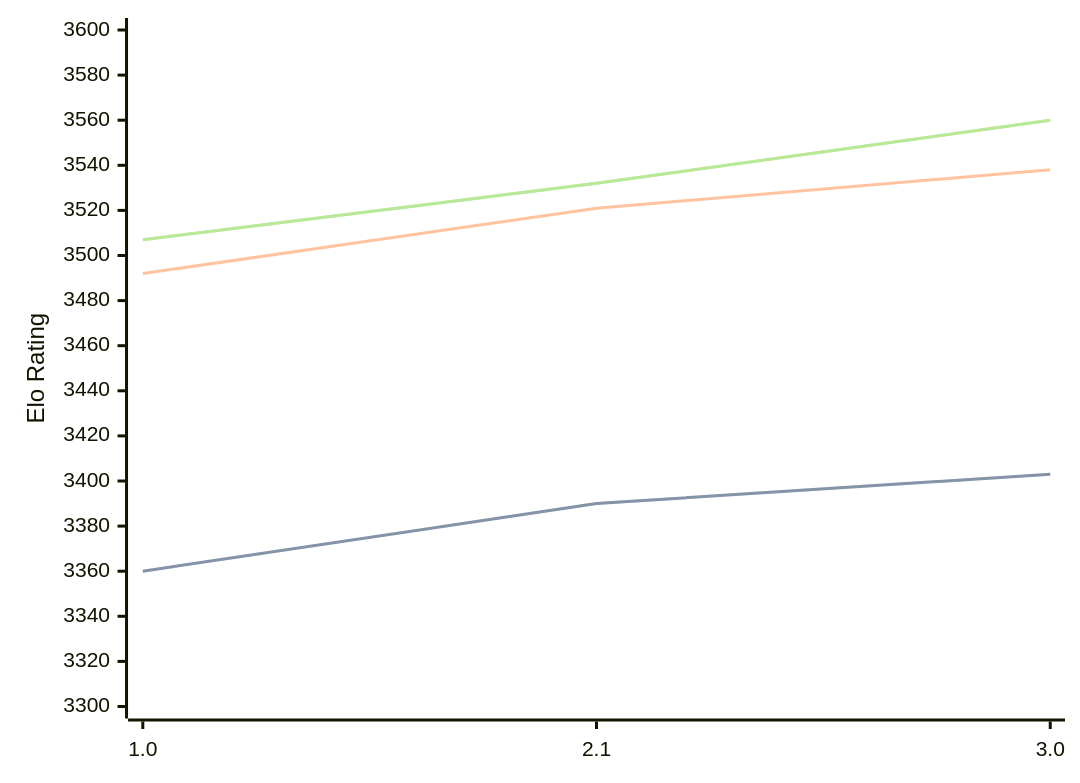
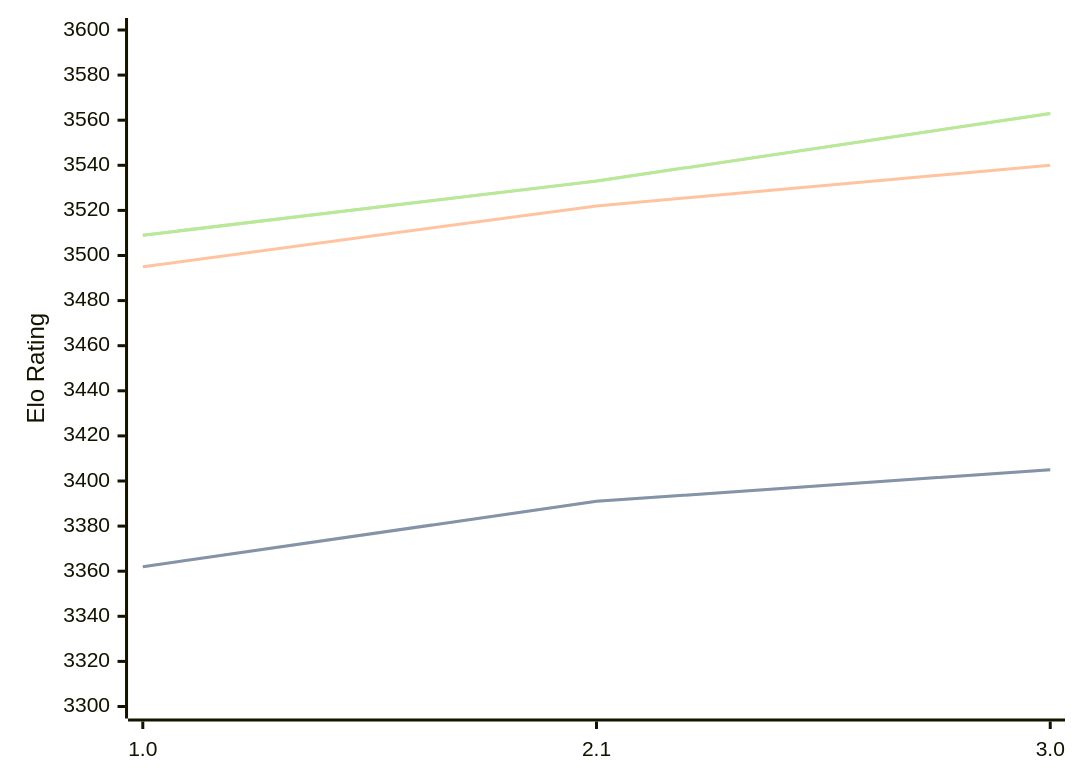
Before and after one commit to computer-chess-index/cci: the diagram in engines/Hobbes.md, drawn with Mermaid. The commit also changed other lines of this file, not shown here.

Commit message:
Update CCI Ratings (ELO VLTC) - 2026-08-09

````diff
--- a/engines/Hobbes.md
+++ b/engines/Hobbes.md
@@ -33,11 +33,11 @@
 ```mermaid
 %%{init: {"theme":"base","themeVariables":{"seriesColors:['#a3a3a3','#222221','#faa371']}}}%%
 xychart-beta
   x-axis ["1.0", "2.1", "3.0"]
   y-axis "Elo Rating" 3300 --> 3600
-  line "STC (8.0+0.08s)" [3360, 3390, 3403]
-  line "STC (8.0+0.08s)" [3360, 3390, 3403]
-  line "LTC (60.0+0.60s)" [3492, 3521, 3538]
-  line "VLTC (2m24s+1.12s)" [3507, 3532, 3560]
-  line "VLTC (2m24s+1.12s)" [3507, 3532, 3560]
+  line "STC (8.0+0.08s)" [3362, 3391, 3405]
+  line "STC (8.0+0.08s)" [3362, 3391, 3405]
+  line "LTC (60.0+0.60s)" [3495, 3522, 3540]
+  line "VLTC (2m24s+1.12s)" [3509, 3533, 3563]
+  line "VLTC (2m24s+1.12s)" [3509, 3533, 3563]
 ```
````
